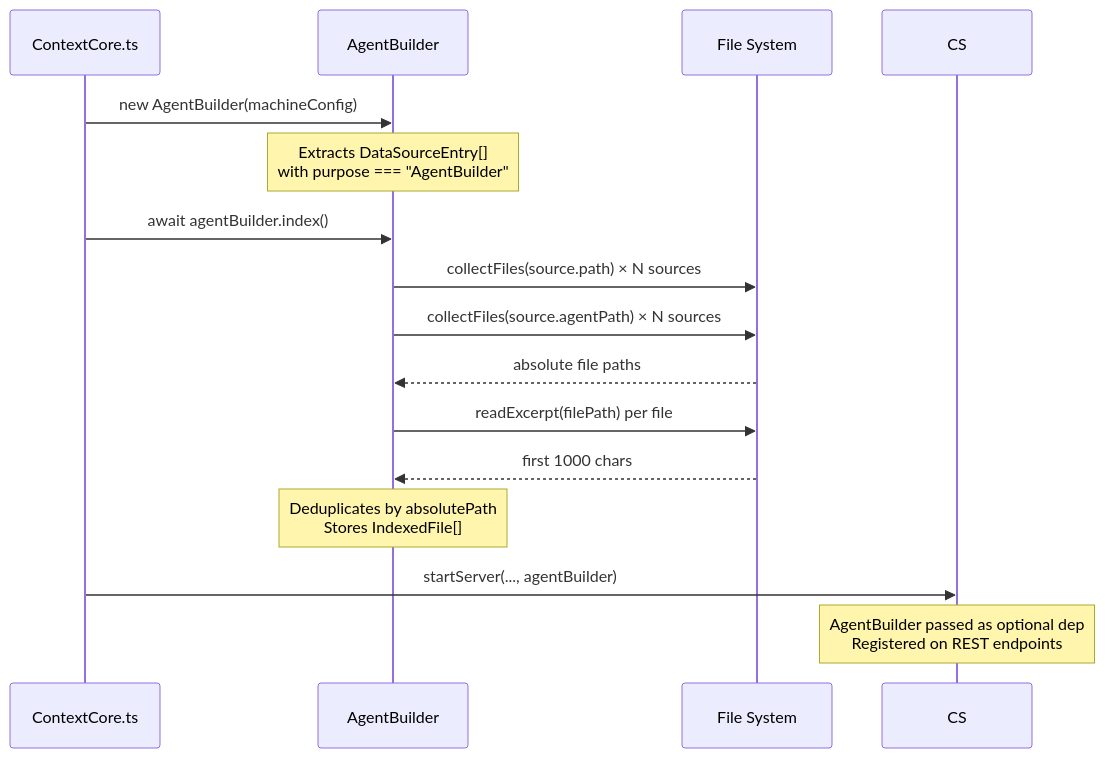
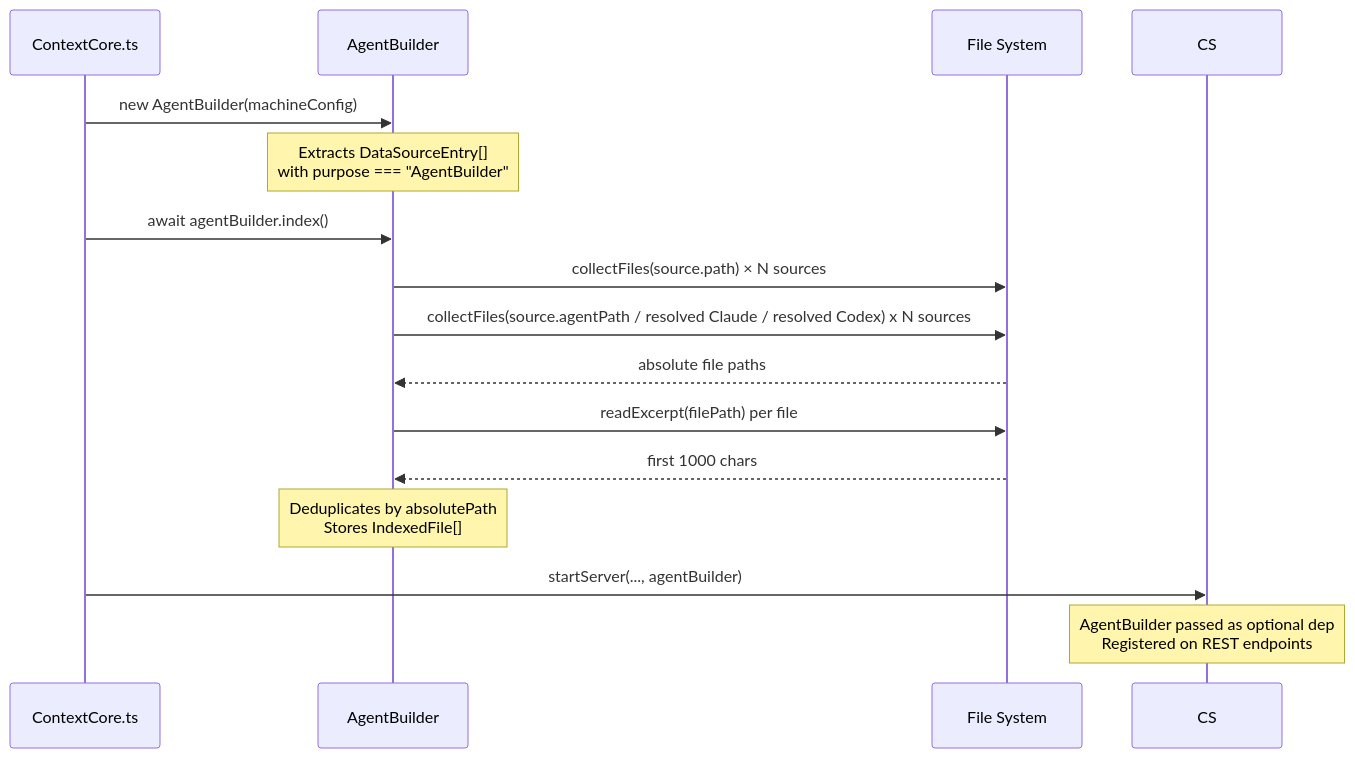
The second of 11 diagrams in visualizer/zz-reach2/architecture/agents/archi-agent-builder-ui.md (Kyliathy/context-core), drawn with Mermaid before and after one commit. The commit also changed other lines of this file and 23 other files, not shown here.

First line of the commit message:
feat(agent-builder): add Codex agent support and improve multi-path handling

````diff
--- a/visualizer/zz-reach2/architecture/agents/archi-agent-builder-ui.md
+++ b/visualizer/zz-reach2/architecture/agents/archi-agent-builder-ui.md
@@ -98,19 +101,19 @@
 ```mermaid
 sequenceDiagram
     participant CC as ContextCore.ts
     participant AB as AgentBuilder
     participant FS as File System
 
     CC->>AB: new AgentBuilder(machineConfig)
     Note over AB: Extracts DataSourceEntry[]<br/>with purpose === "AgentBuilder"
     CC->>AB: await agentBuilder.index()
     AB->>FS: collectFiles(source.path) × N sources
-    AB->>FS: collectFiles(source.agentPath) × N sources
+    AB->>FS: collectFiles(source.agentPath / resolved Claude / resolved Codex) x N sources
     FS-->>AB: absolute file paths
     AB->>FS: readExcerpt(filePath) per file
     FS-->>AB: first 1000 chars
     Note over AB: Deduplicates by absolutePath<br/>Stores IndexedFile[]
 
     CC->>CS: startServer(..., agentBuilder)
     Note over CS: AgentBuilder passed as optional dep<br/>Registered on REST endpoints
 ```
````
